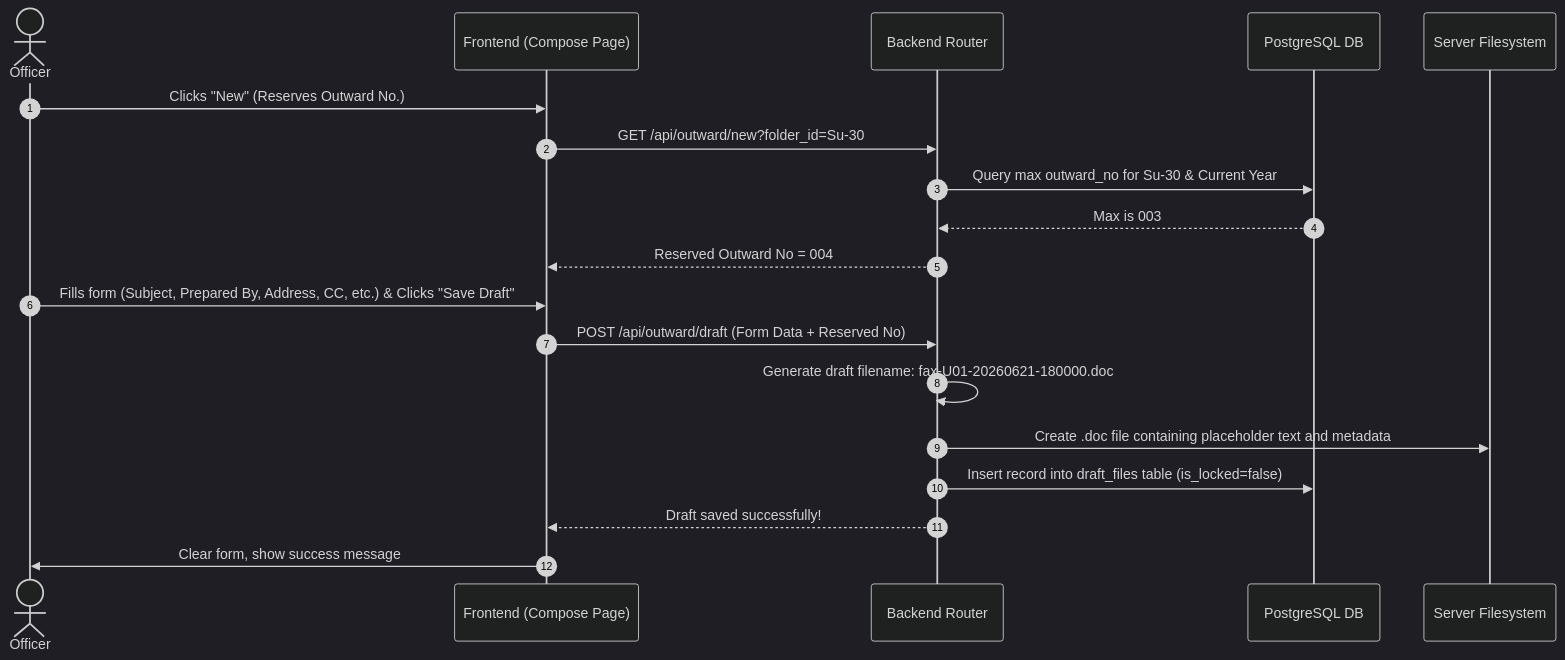
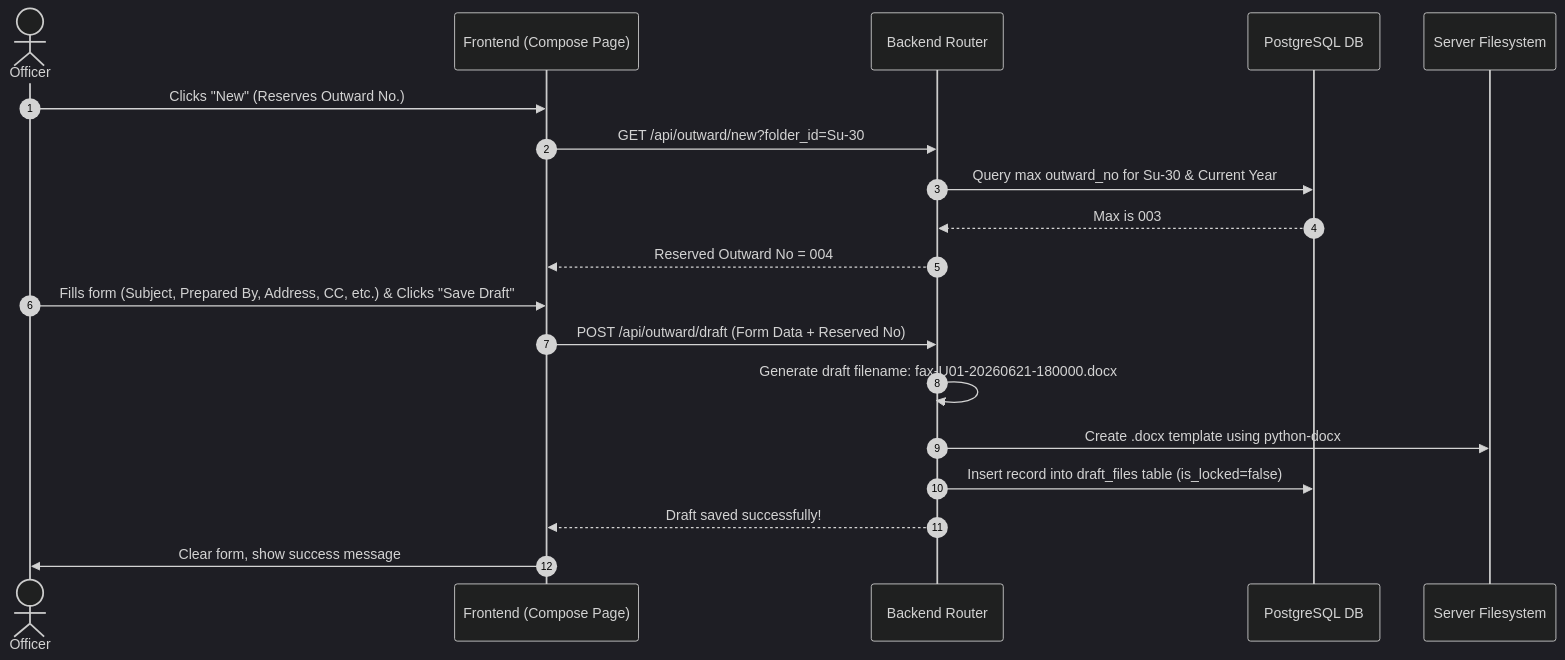
Before and after one commit to palashkharate/inward-outward-document-management-system-_iodms: the second of 4 diagrams in docs/hld.md, drawn with Mermaid (dark theme). The commit also changed other lines of this file and 13 other files, not shown here.

````diff
--- a/docs/hld.md
+++ b/docs/hld.md
@@ -93,22 +93,22 @@
 ```mermaid
 sequenceDiagram
     autonumber
     actor User as Officer
     participant UI as Frontend (Compose Page)
     participant API as Backend Router
     participant DB as PostgreSQL DB
     participant FS as Server Filesystem
 
     User->>UI: Clicks "New" (Reserves Outward No.)
     UI->>API: GET /api/outward/new?folder_id=Su-30
     API->>DB: Query max outward_no for Su-30 & Current Year
     DB-->>API: Max is 003
     API-->>UI: Reserved Outward No = 004
     User->>UI: Fills form (Subject, Prepared By, Address, CC, etc.) & Clicks "Save Draft"
     UI->>API: POST /api/outward/draft (Form Data + Reserved No)
-    API->>API: Generate draft filename: fax-U01-20260621-180000.doc
-    API->>FS: Create .doc file containing placeholder text and metadata
+    API->>API: Generate draft filename: fax-U01-20260621-180000.docx
+    API->>FS: Create .docx template using python-docx
     API->>DB: Insert record into draft_files table (is_locked=false)
     API-->>UI: Draft saved successfully!
     UI->>User: Clear form, show success message
 ```
````
